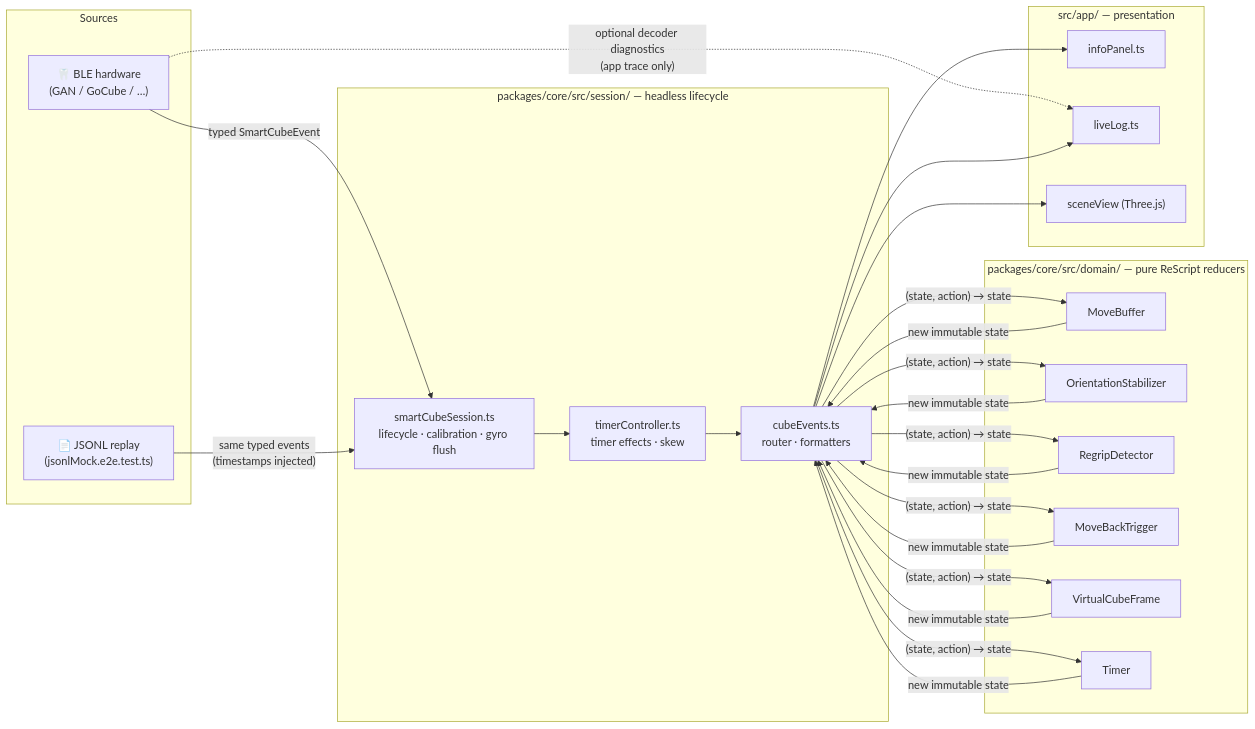
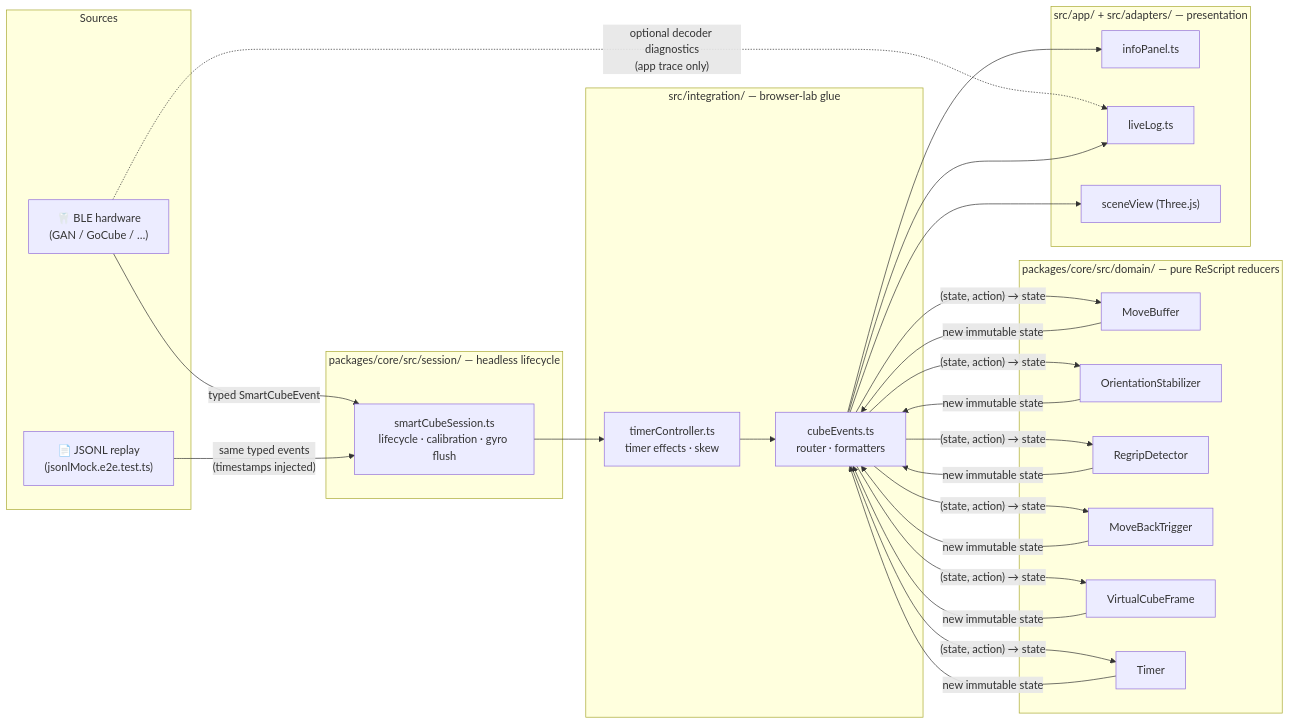
One commit to wstein/regrip changed the diagram in README.md. Above: the diagram before and after it, drawn with Mermaid.

Commit message:
docs: update architecture diagram to include src/adapters and integration layer

````diff
--- a/README.md
+++ b/README.md
@@ -14,36 +14,39 @@
 ```mermaid
 flowchart LR
   subgraph Sources
     BLE["🦷 BLE hardware\n(GAN / GoCube / …)"]
     JSONL["📄 JSONL replay\n(jsonlMock.e2e.test.ts)"]
   end
 
   subgraph Session ["packages/core/src/session/ — headless lifecycle"]
     SC["smartCubeSession.ts\nlifecycle · calibration · gyro flush"]
+  end
+
+  subgraph Integration ["src/integration/ — browser-lab glue"]
     TC["timerController.ts\ntimer effects · skew"]
     CE["cubeEvents.ts\nrouter · formatters"]
   end
 
   subgraph Domain ["packages/core/src/domain/ — pure ReScript reducers"]
     MB["MoveBuffer"]
     OS["OrientationStabilizer"]
     RD["RegripDetector"]
     MBT["MoveBackTrigger"]
     VCF["VirtualCubeFrame"]
     TM["Timer"]
   end
 
-  subgraph App ["src/app/ — presentation"]
+  subgraph App ["src/app/ + src/adapters/ — presentation"]
     IP["infoPanel.ts"]
     LL["liveLog.ts"]
     SV["sceneView (Three.js)"]
   end
 
   BLE -->|"typed SmartCubeEvent"| SC
   BLE -. "optional decoder diagnostics\n(app trace only)" .-> LL
   JSONL -->|"same typed events\n(timestamps injected)"| SC
   SC --> TC --> CE
   CE -->|"(state, action) → state"| MB & OS & RD & MBT & VCF & TM
   MB & OS & RD & MBT & VCF & TM -->|"new immutable state"| CE
   CE --> IP & LL & SV
 ```
````
